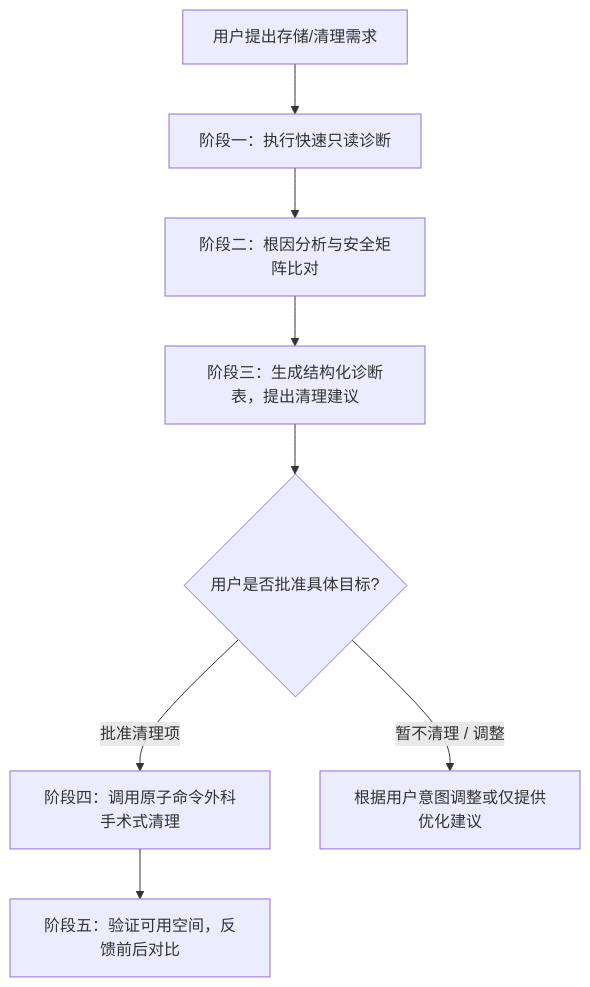
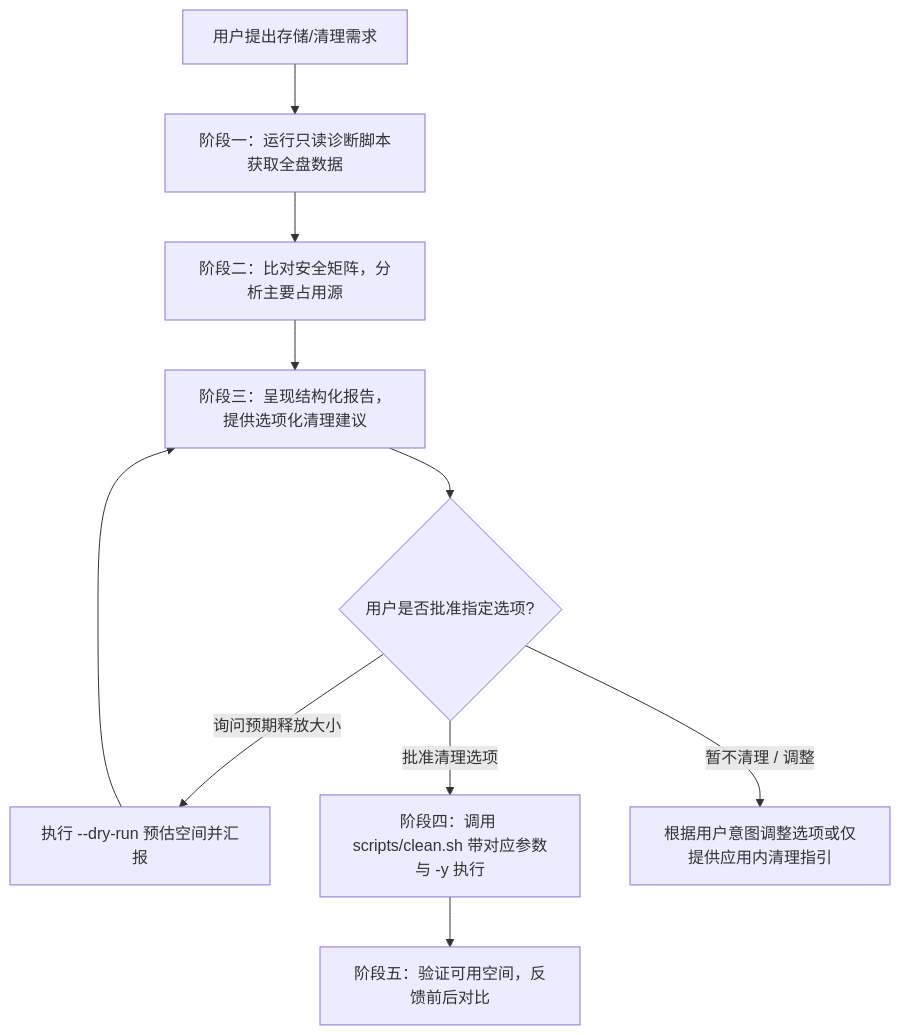
One commit to snowlu16/mac-cleaner-skill changed the diagram in SKILL.md. Above: the diagram before and after it, drawn with Mermaid. The commit also changed other lines of this file and 2 other files, not shown here.

Commit message:
feat: add targeted surgical cleaner scripts/clean.sh with granular options, dry-run mode, and non-interactive execution

````diff
--- a/SKILL.md
+++ b/SKILL.md
@@ -38,10 +38,12 @@
 ```mermaid
 flowchart TD
-    A[用户提出存储/清理需求] --> B[阶段一：执行快速只读诊断]
-    B --> C[阶段二：根因分析与安全矩阵比对]
-    C --> D[阶段三：生成结构化诊断表，提出清理建议]
-    D --> E{用户是否批准具体目标?}
-    E -- 批准清理项 --> F[阶段四：调用原子命令外科手术式清理]
-    E -- 暂不清理 / 调整 --> G[根据用户意图调整或仅提供优化建议]
+    A[用户提出存储/清理需求] --> B[阶段一：运行只读诊断脚本获取全盘数据]
+    B --> C[阶段二：比对安全矩阵，分析主要占用源]
+    C --> D[阶段三：呈现结构化报告，提供选项化清理建议]
+    D --> E{用户是否批准指定选项?}
+    E -- 询问预期释放大小 --> P[执行 --dry-run 预估空间并汇报]
+    P --> D
+    E -- 批准清理选项 --> F[阶段四：调用 scripts/clean.sh 带对应参数与 -y 执行]
+    E -- 暂不清理 / 调整 --> G[根据用户意图调整选项或仅提供应用内清理指引]
     F --> H[阶段五：验证可用空间，反馈前后对比]
 ```
````
